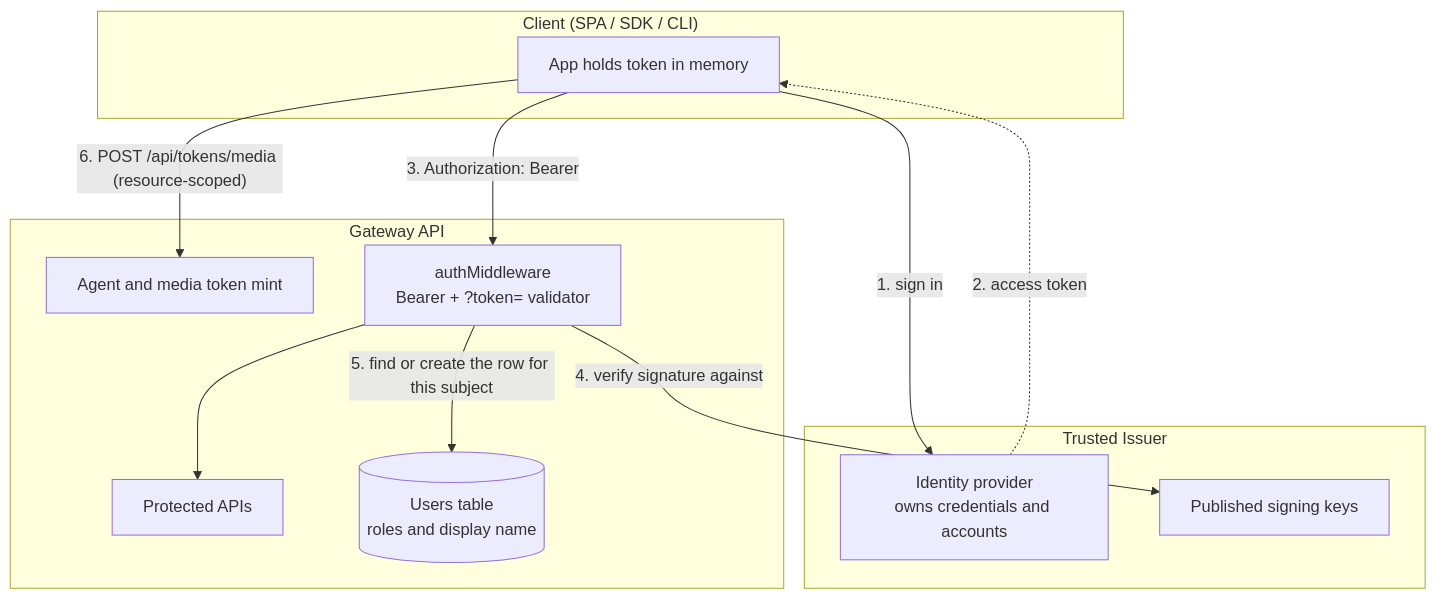
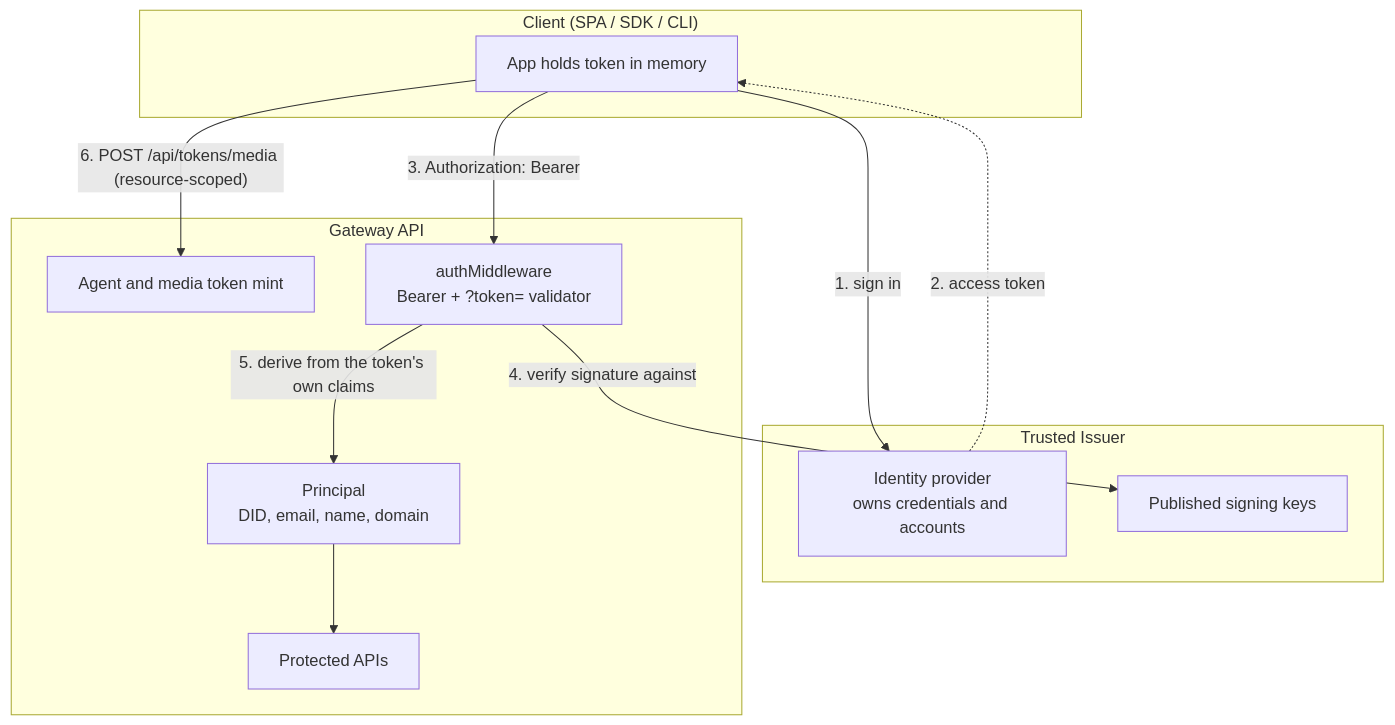
One commit to The-AI-Alliance/semiont changed the diagram in docs/system/administration/AUTHENTICATION.md. Above: the diagram before and after it, drawn with Mermaid. The commit also changed other lines of this file and 140 other files, not shown here.

````diff
--- a/docs/system/administration/AUTHENTICATION.md
+++ b/docs/system/administration/AUTHENTICATION.md
@@ -21,27 +21,27 @@
 ```mermaid
 graph TB
     subgraph "Client (SPA / SDK / CLI)"
         App[App holds token in memory]
     end
 
     subgraph "Trusted Issuer"
         IdP[Identity provider<br/>owns credentials and accounts]
         JWKS[Published signing keys]
     end
 
     subgraph "Gateway API"
         TokenGen[Agent and media token mint]
         MW[authMiddleware<br/>Bearer + ?token= validator]
+        Principal[Principal<br/>DID, email, name, domain]
         API[Protected APIs]
-        Users[(Users table<br/>roles and display name)]
     end
 
     App -->|"1. sign in"| IdP
     IdP -.->|"2. access token"| App
 
     App -->|"3. Authorization: Bearer <token>"| MW
     MW -->|"4. verify signature against"| JWKS
-    MW -->|"5. find or create the row for this subject"| Users
-    MW --> API
+    MW -->|"5. derive from the token's own claims"| Principal
+    Principal --> API
     App -->|"6. POST /api/tokens/media (resource-scoped)"| TokenGen
 ```
````
